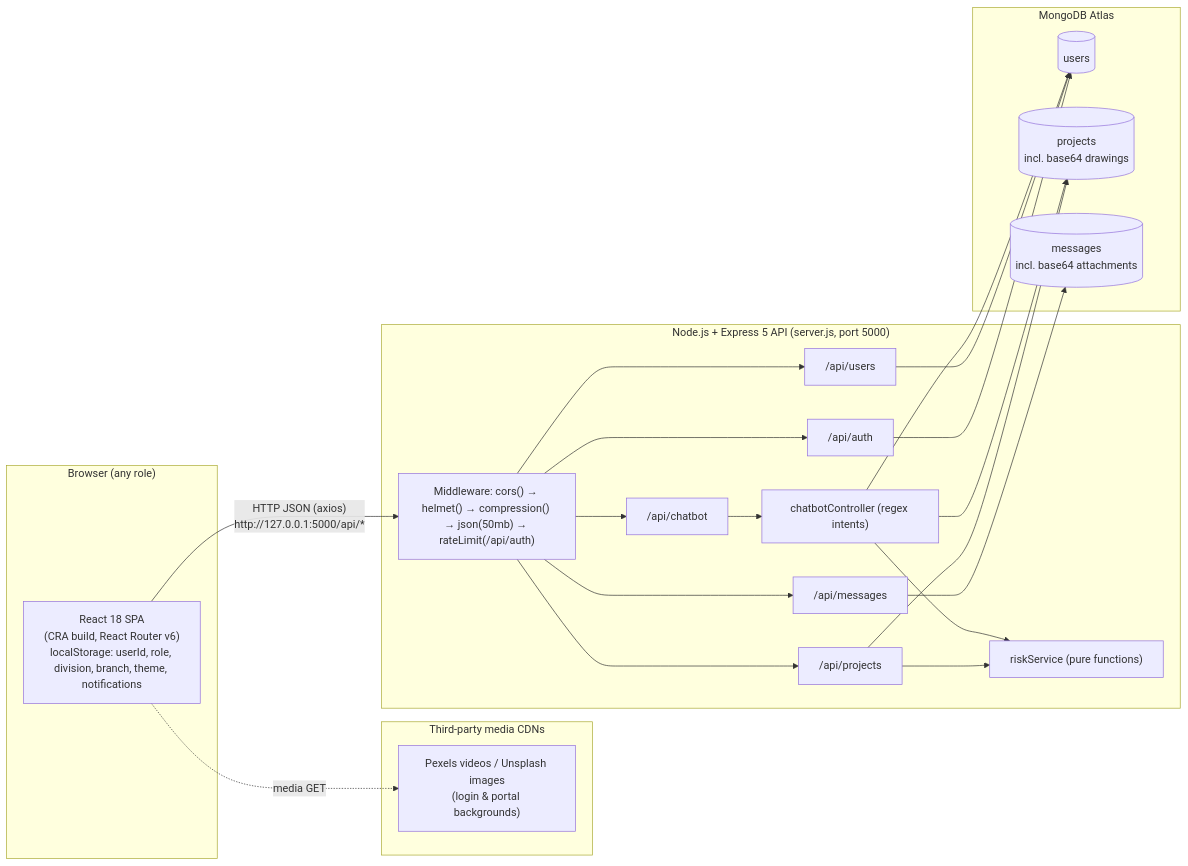
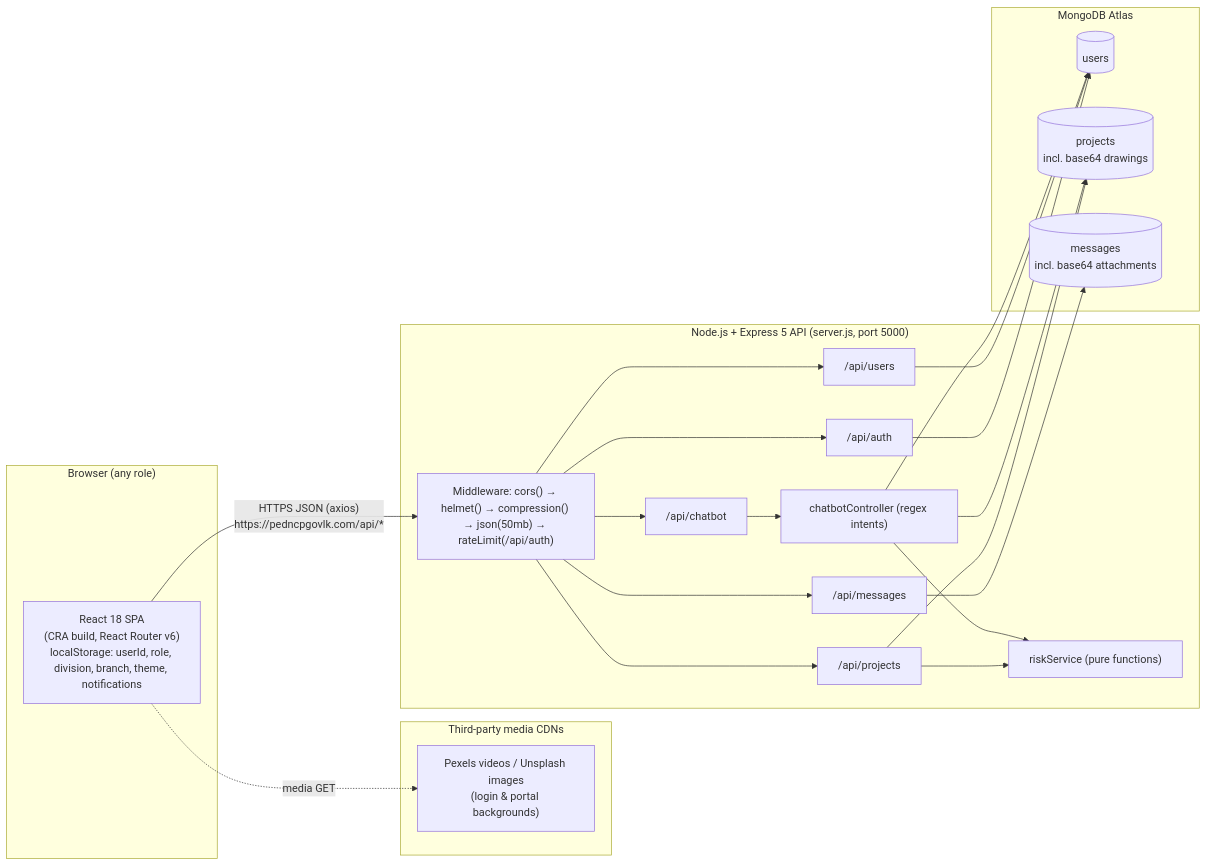
One commit to Project-Managment-System/software-engineering-project changed the first of 2 diagrams in TECHNICAL_DOCUMENTATION_EXTRACTION/05_System_Architecture.md. Above: the diagram before and after it, drawn with Mermaid. The commit also changed other lines of this file and 14 other files, not shown here.

````diff
--- a/TECHNICAL_DOCUMENTATION_EXTRACTION/05_System_Architecture.md
+++ b/TECHNICAL_DOCUMENTATION_EXTRACTION/05_System_Architecture.md
@@ -19,27 +19,27 @@
 ```mermaid
 flowchart LR
   subgraph Client["Browser (any role)"]
     SPA["React 18 SPA<br/>(CRA build, React Router v6)<br/>localStorage: userId, role, division, branch, theme, notifications"]
   end
   subgraph CDN["Third-party media CDNs"]
     PX["Pexels videos / Unsplash images<br/>(login & portal backgrounds)"]
   end
   subgraph API["Node.js + Express 5 API  (server.js, port 5000)"]
     MW["Middleware: cors() → helmet() → compression() → json(50mb) → rateLimit(/api/auth)"]
     R1["/api/auth"]; R2["/api/projects"]; R3["/api/users"]; R4["/api/messages"]; R5["/api/chatbot"]
     SVC["riskService (pure functions)"]
     CB["chatbotController (regex intents)"]
   end
   subgraph DB["MongoDB Atlas"]
     U[(users)]; P[(projects<br/>incl. base64 drawings)]; M[(messages<br/>incl. base64 attachments)]
   end
-  SPA -- "HTTP JSON (axios)<br/>http://127.0.0.1:5000/api/*" --> MW
+  SPA -- "HTTPS JSON (axios)<br/>https://pedncpgovlk.com/api/*" --> MW
   SPA -. "media GET" .-> PX
   MW --> R1 & R2 & R3 & R4 & R5
   R2 --> SVC
   R5 --> CB --> SVC
   R1 & R3 --> U
   R2 & CB --> P
   CB --> U
   R4 --> M
 ```
````
